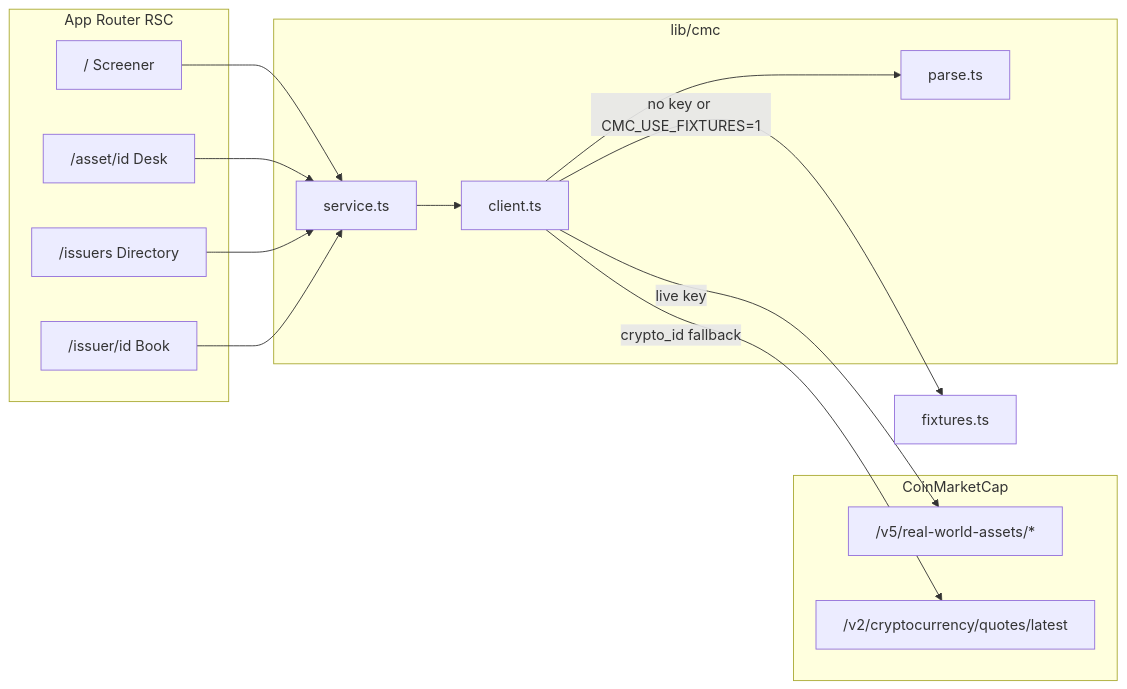
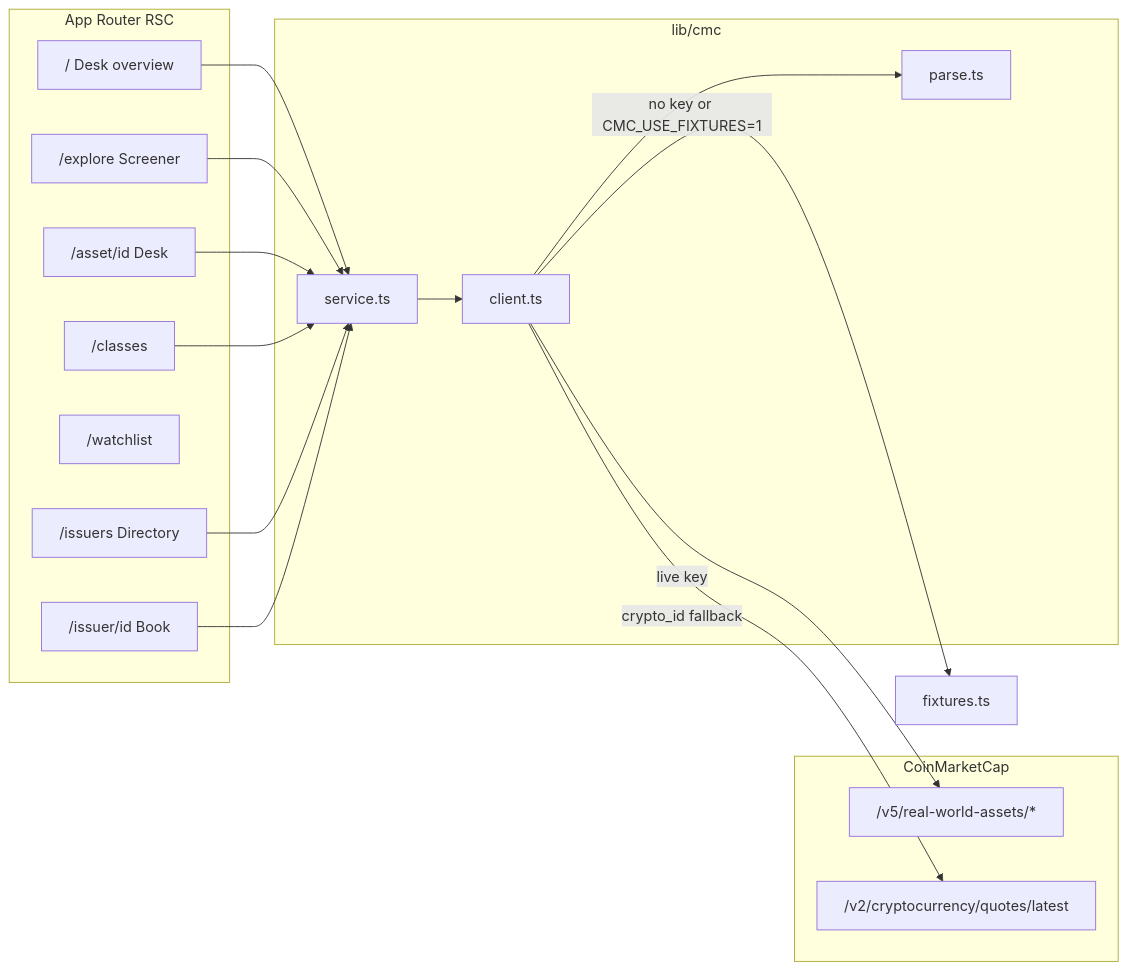
Before and after one commit to PinnacleCryptNG/cmc-pulse: the first of 2 diagrams in README.md, drawn with Mermaid. The commit also changed other lines of this file and 18 other files, not shown here.

````diff
--- a/README.md
+++ b/README.md
@@ -45,27 +45,32 @@
 ```mermaid
 flowchart LR
   subgraph ui [App Router RSC]
-    Home["/ Screener"]
+    Home["/ Desk overview"]
+    Explore["/explore Screener"]
     Desk["/asset/id Desk"]
+    Classes["/classes"]
+    Watch["/watchlist"]
     Issuers["/issuers Directory"]
     Book["/issuer/id Book"]
   end
   subgraph svc [lib/cmc]
     Service["service.ts"]
     Client["client.ts"]
     Parse["parse.ts"]
   end
   subgraph cmc [CoinMarketCap]
     RWA["/v5/real-world-assets/*"]
     Crypto["/v2/cryptocurrency/quotes/latest"]
   end
   Home --> Service
+  Explore --> Service
   Desk --> Service
+  Classes --> Service
   Issuers --> Service
   Book --> Service
   Service --> Client
   Client -->|live key| RWA
   Client -->|crypto_id fallback| Crypto
   Client -->|no key or CMC_USE_FIXTURES=1| Fixtures["fixtures.ts"]
   Client --> Parse
 ```
````
